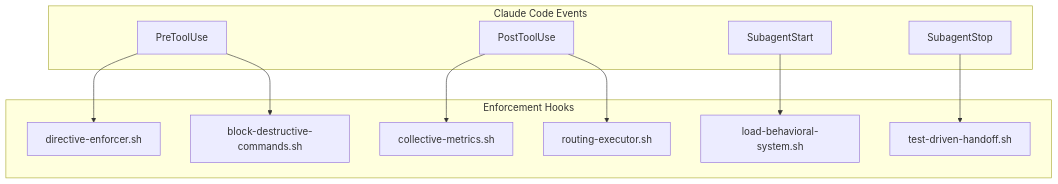
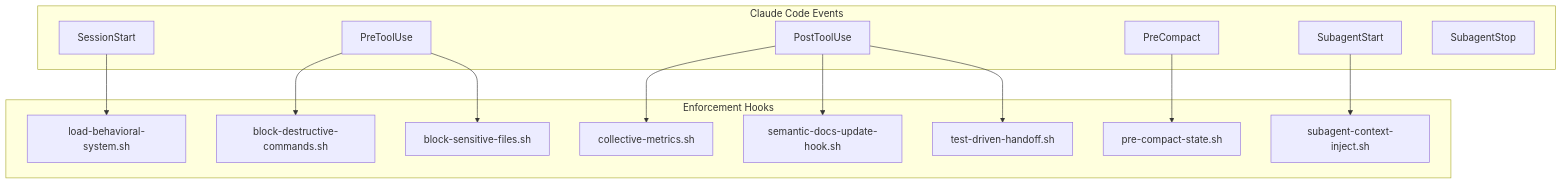
Before and after one commit to gkastanis/drupal-claude-code-sub-agent-collective: the first of 14 diagrams in docs/HOOKS.md, drawn with Mermaid. The commit also changed other lines of this file and 60 other files, not shown here.

````diff
--- a/docs/HOOKS.md
+++ b/docs/HOOKS.md
@@ -9,25 +9,31 @@
 ```mermaid
 graph TB
     subgraph "Claude Code Events"
+        SESSION[SessionStart]
         PRE[PreToolUse]
         POST[PostToolUse]
+        COMPACT[PreCompact]
         SUBSTART[SubagentStart]
         SUBSTOP[SubagentStop]
     end
 
     subgraph "Enforcement Hooks"
-        H1[directive-enforcer.sh]
-        H2[collective-metrics.sh]
-        H3[routing-executor.sh]
-        H4[load-behavioral-system.sh]
-        H5[block-destructive-commands.sh]
+        H1[load-behavioral-system.sh]
+        H2[block-destructive-commands.sh]
+        H3[block-sensitive-files.sh]
+        H4[collective-metrics.sh]
+        H5[semantic-docs-update-hook.sh]
         H6[test-driven-handoff.sh]
+        H7[pre-compact-state.sh]
+        H8[subagent-context-inject.sh]
     end
 
-    PRE --> H1
-    PRE --> H5
-    POST --> H2
-    POST --> H3
-    SUBSTART --> H4
-    SUBSTOP --> H6
+    SESSION --> H1
+    PRE --> H2
+    PRE --> H3
+    POST --> H4
+    POST --> H5
+    POST --> H6
+    COMPACT --> H7
+    SUBSTART --> H8
 ```
````
